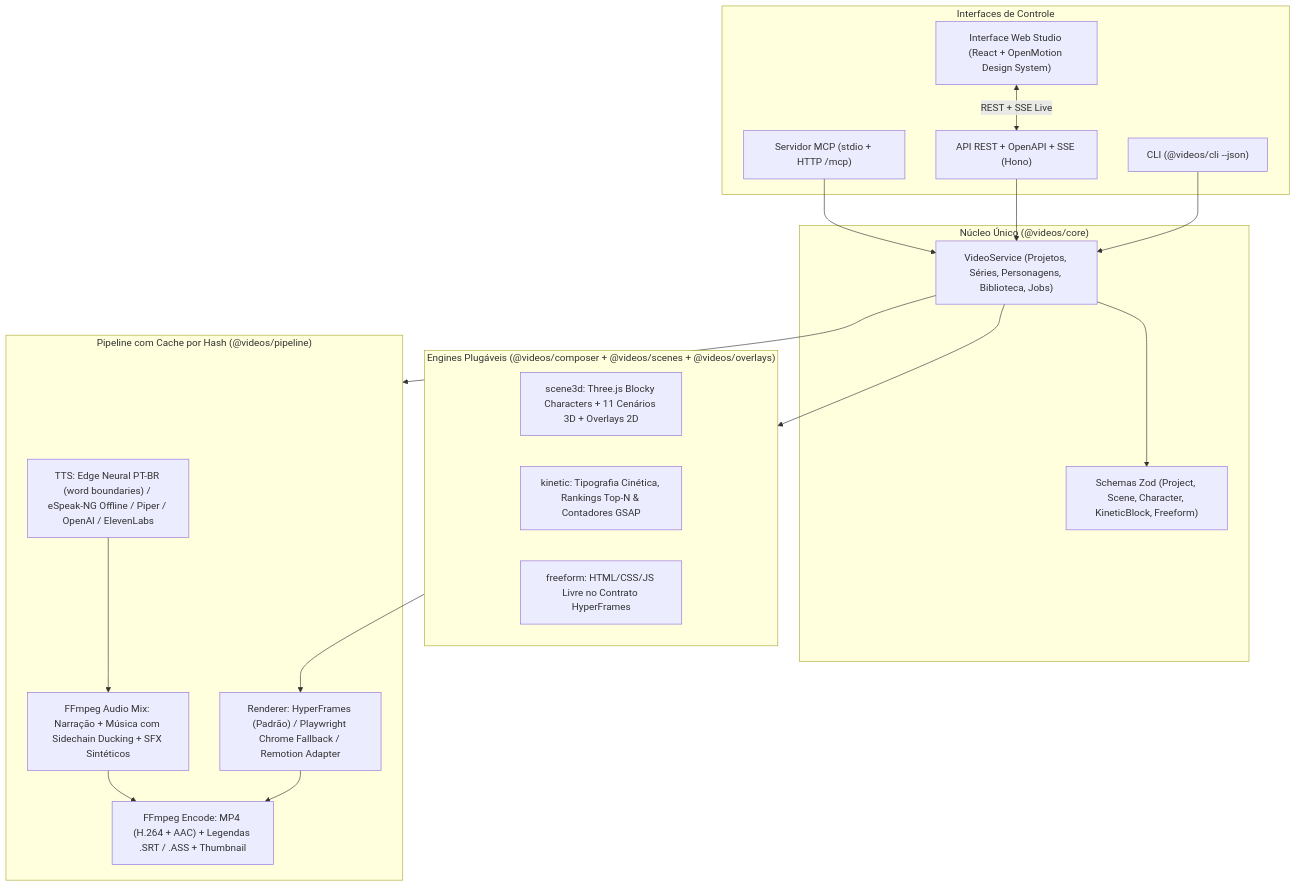
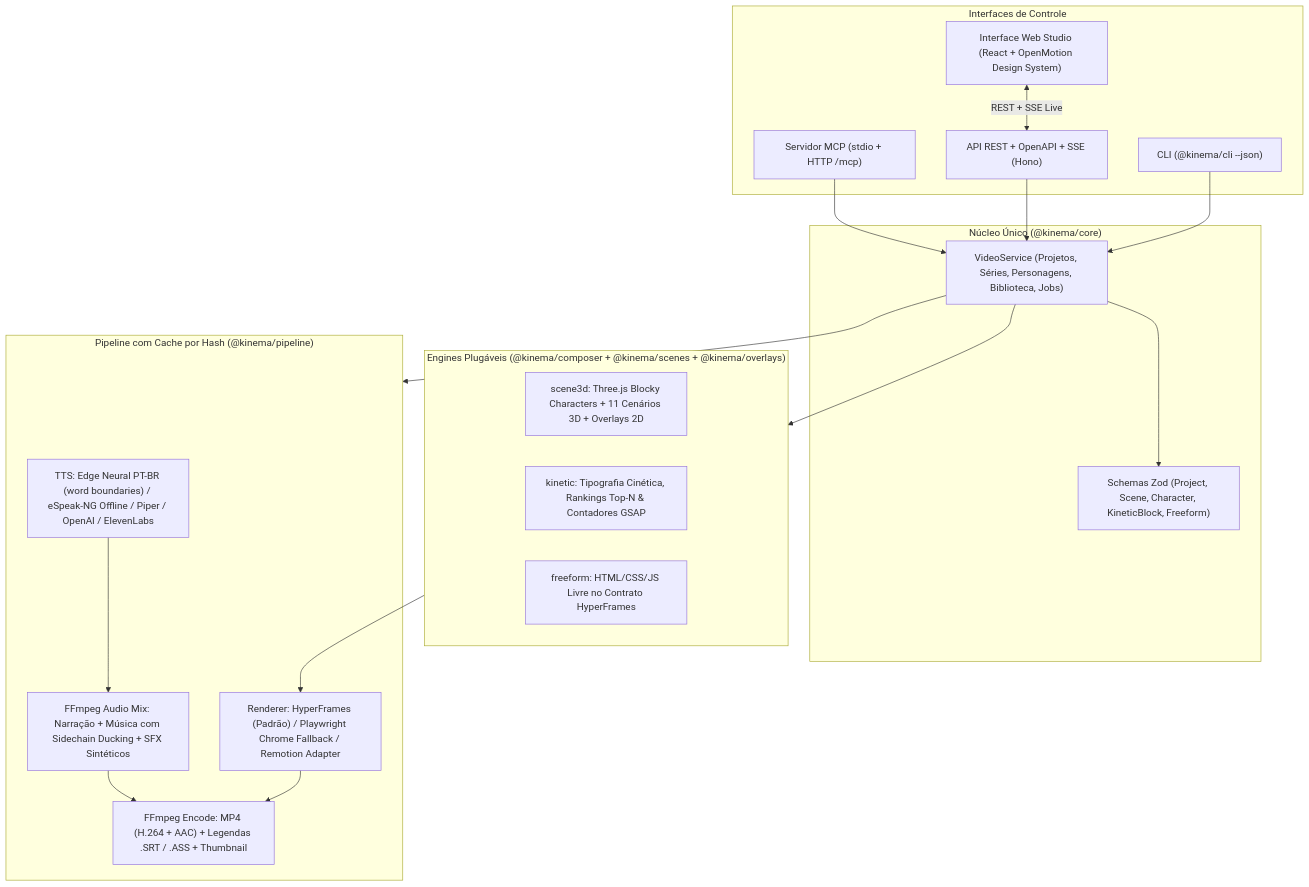
The diagram in README.md (H1gor1/videos), drawn with Mermaid before and after one commit. The commit also changed other lines of this file and 45 other files, not shown here.

````diff
--- a/README.md
+++ b/README.md
@@ -15,39 +224,39 @@
 ```mermaid
 flowchart TD
   subgraph Interfaces["Interfaces de Controle"]
     MCP["Servidor MCP (stdio + HTTP /mcp)"]
     UI["Interface Web Studio (React + OpenMotion Design System)"]
-    CLI["CLI (@videos/cli --json)"]
+    CLI["CLI (@kinema/cli --json)"]
     REST["API REST + OpenAPI + SSE (Hono)"]
   end
 
-  subgraph Core["Núcleo Único (@videos/core)"]
+  subgraph Core["Núcleo Único (@kinema/core)"]
     SVC["VideoService (Projetos, Séries, Personagens, Biblioteca, Jobs)"]
     ZOD["Schemas Zod (Project, Scene, Character, KineticBlock, Freeform)"]
   end
 
-  subgraph Engines["Engines Plugáveis (@videos/composer + @videos/scenes + @videos/overlays)"]
+  subgraph Engines["Engines Plugáveis (@kinema/composer + @kinema/scenes + @kinema/overlays)"]
     E3D["scene3d: Three.js Blocky Characters + 11 Cenários 3D + Overlays 2D"]
     EKIN["kinetic: Tipografia Cinética, Rankings Top-N & Contadores GSAP"]
     EFREE["freeform: HTML/CSS/JS Livre no Contrato HyperFrames"]
   end
 
-  subgraph Pipeline["Pipeline com Cache por Hash (@videos/pipeline)"]
+  subgraph Pipeline["Pipeline com Cache por Hash (@kinema/pipeline)"]
     TTS["TTS: Edge Neural PT-BR (word boundaries) / eSpeak-NG Offline / Piper / OpenAI / ElevenLabs"]
     MIX["FFmpeg Audio Mix: Narração + Música com Sidechain Ducking + SFX Sintéticos"]
     RND["Renderer: HyperFrames (Padrão) / Playwright Chrome Fallback / Remotion Adapter"]
     ENC["FFmpeg Encode: MP4 (H.264 + AAC) + Legendas .SRT / .ASS + Thumbnail"]
   end
 
   MCP --> SVC
   UI <-->|REST + SSE Live| REST
   REST --> SVC
   CLI --> SVC
   SVC --> ZOD
   SVC --> Engines
   SVC --> Pipeline
   TTS --> MIX
   Engines --> RND
   MIX --> ENC
   RND --> ENC
 ```
````
